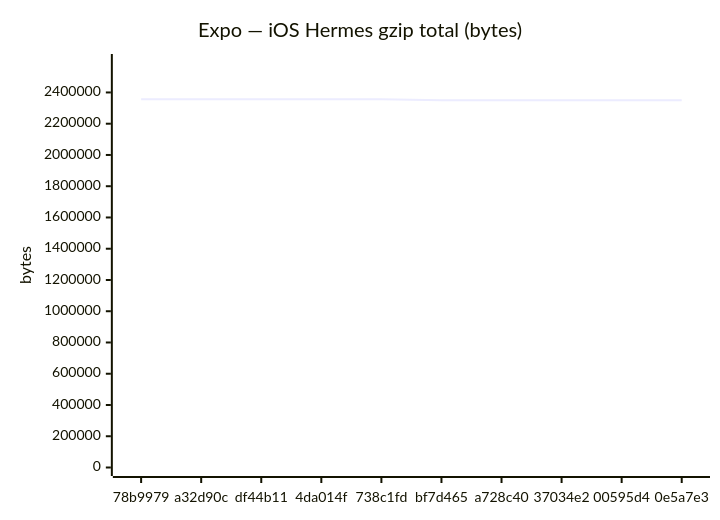
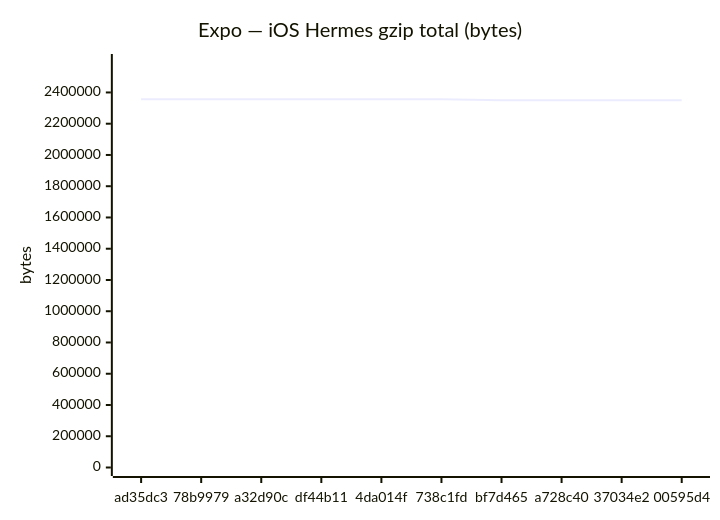
The eighth of 24 diagrams in benchmarks/compare.md (Metaheurist/Rianell), drawn with Mermaid before and after one commit. The commit also changed other lines of this file and 12 other files, not shown here.

````diff
--- a/benchmarks/compare.md
+++ b/benchmarks/compare.md
@@ -123,7 +123,7 @@
 ```mermaid
 xychart-beta
     title "Expo — iOS Hermes gzip total (bytes)"
-    x-axis ["78b9979", "a32d90c", "df44b11", "4da014f", "738c1fd", "bf7d465", "a728c40", "37034e2", "00595d4", "0e5a7e3"]
+    x-axis ["ad35dc3", "78b9979", "a32d90c", "df44b11", "4da014f", "738c1fd", "bf7d465", "a728c40", "37034e2", "00595d4"]
     y-axis "bytes" 0 --> 2591695
-    line [2356086, 2356058, 2356058, 2356060, 2356059, 2350178, 2350175, 2350043, 2350046, 2350041]
+    line [2356086, 2356086, 2356058, 2356058, 2356060, 2356059, 2350178, 2350175, 2350043, 2350046]
 ```
````
